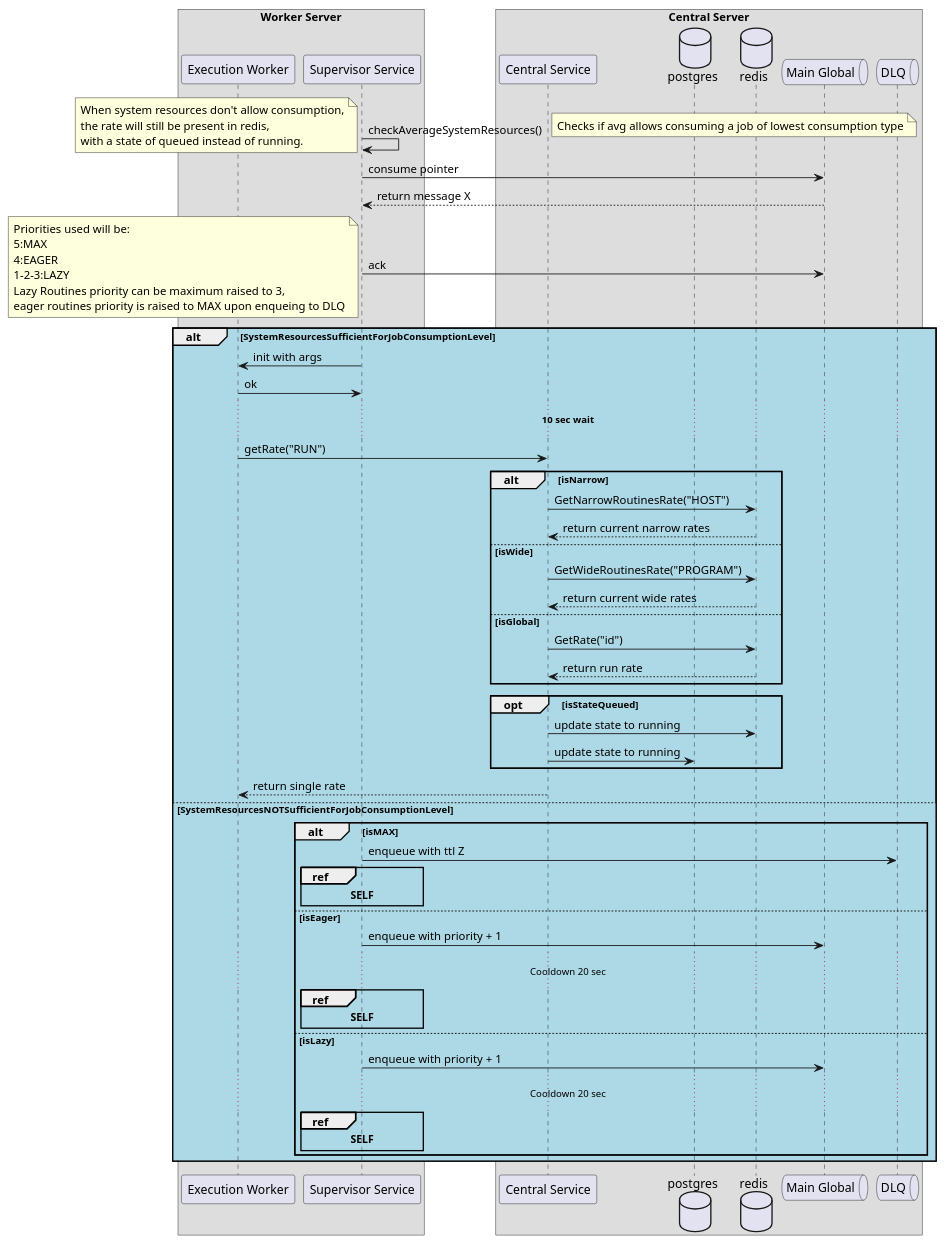
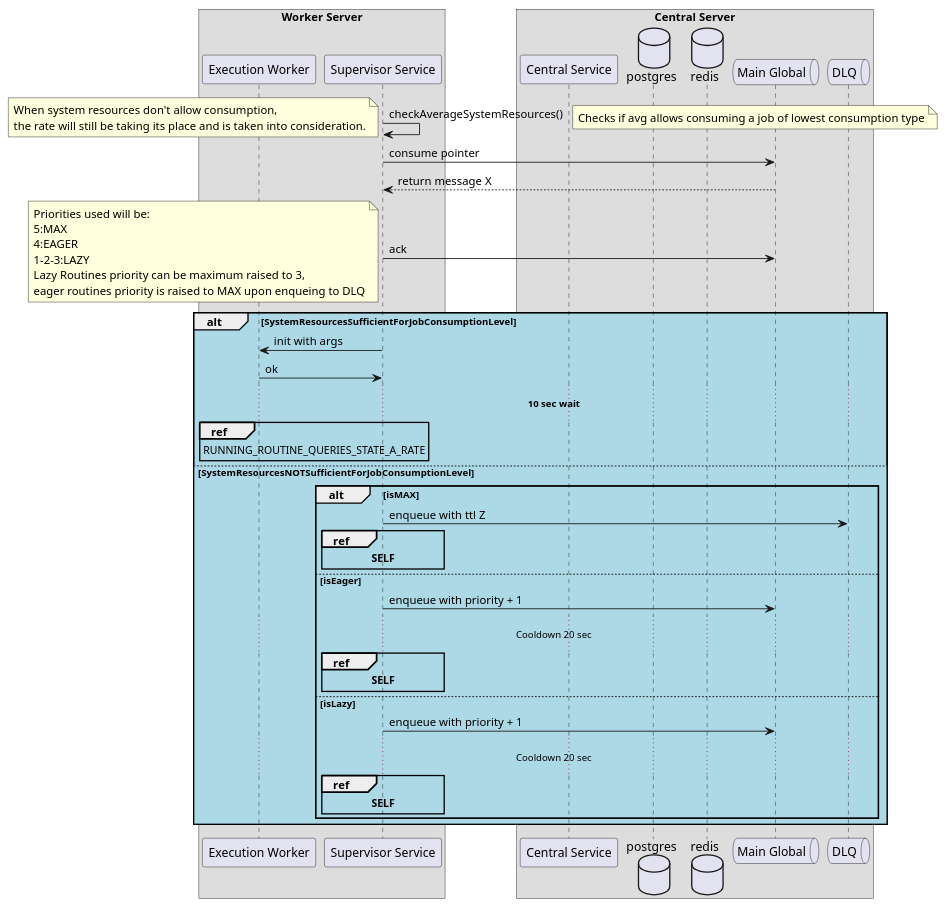
One commit to anovimous/automata changed the diagram in plan/HLD/sequence-diagrams/worker-system-consumes-and-runs.puml. Above: the diagram before and after it, drawn with PlantUML.

Commit message:
docs(routine-run-management): removed inline operations related to querying state and rate and inserted a ref for a sequence diagram where this would be implemented

```diff
--- a/plan/HLD/sequence-diagrams/worker-system-consumes-and-runs.puml
+++ b/plan/HLD/sequence-diagrams/worker-system-consumes-and-runs.puml
@@ -1,80 +1,64 @@
 @startuml
 box "Worker Server"
 participant "Execution Worker" as worker
 participant "Supervisor Service" as supervisor
 end box
 box "Central Server"
 participant "Central Service" as api
 database postgres
 database redis
 queue "Main Global" as mainq
 queue "DLQ" as dlq
 end box
 
 supervisor -> supervisor : checkAverageSystemResources()
 note right
 Checks if avg allows consuming a job of lowest consumption type
 end note
 note left
 When system resources don't allow consumption,
-the rate will still be present in redis,
-with a state of queued instead of running.
+the rate will still be taking its place and is taken into consideration.
 end note
 supervisor -> mainq : consume pointer
 mainq --> supervisor : return message X
 supervisor -> mainq : ack
 note left
 Priorities used will be:
 5:MAX
 4:EAGER
 1-2-3:LAZY
 Lazy Routines priority can be maximum raised to 3,
 eager routines priority is raised to MAX upon enqueing to DLQ
 end note
 alt #LightBlue SystemResourcesSufficientForJobConsumptionLevel
 
 supervisor -> worker : init with args
 worker -> supervisor : ok 
 ... <b>10 sec wait ...
-worker -> api : getRate("RUN")
-alt isNarrow
-api -> redis : GetNarrowRoutinesRate("HOST")
-redis --> api : return current narrow rates
-else isWide
-api -> redis : GetWideRoutinesRate("PROGRAM")
-redis --> api : return current wide rates
-else isGlobal
-api -> redis : GetRate("id")
-redis --> api : return run rate
-end
-opt isStateQueued
-api -> redis : update state to running
-api -> postgres : update state to running
-end
-api --> worker : return single rate
+ref over worker: RUNNING_ROUTINE_QUERIES_STATE_A_RATE
 
 else SystemResourcesNOTSufficientForJobConsumptionLevel
 
 alt isMAX
 
 supervisor -> dlq : enqueue with ttl Z
 
 ref over supervisor : <b>SELF
 
 else isEager
 
 supervisor -> mainq : enqueue with priority + 1
 ... Cooldown 20 sec ...
 ref over supervisor : <b>SELF
 else isLazy
 
 supervisor -> mainq : enqueue with priority + 1
 
 ... Cooldown 20 sec ...
 
 ref over supervisor : <b>SELF
 
 end
 
 end
 @enduml
```
